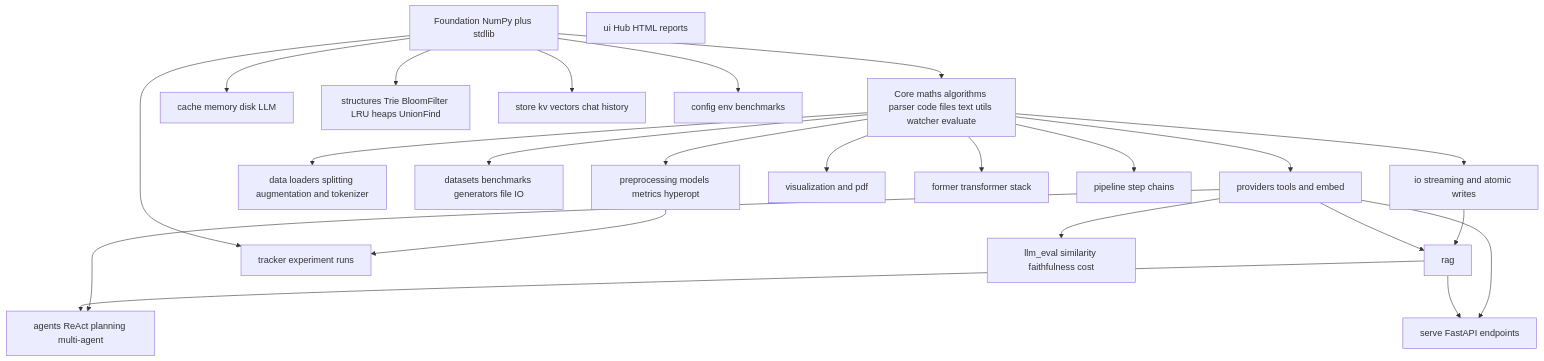
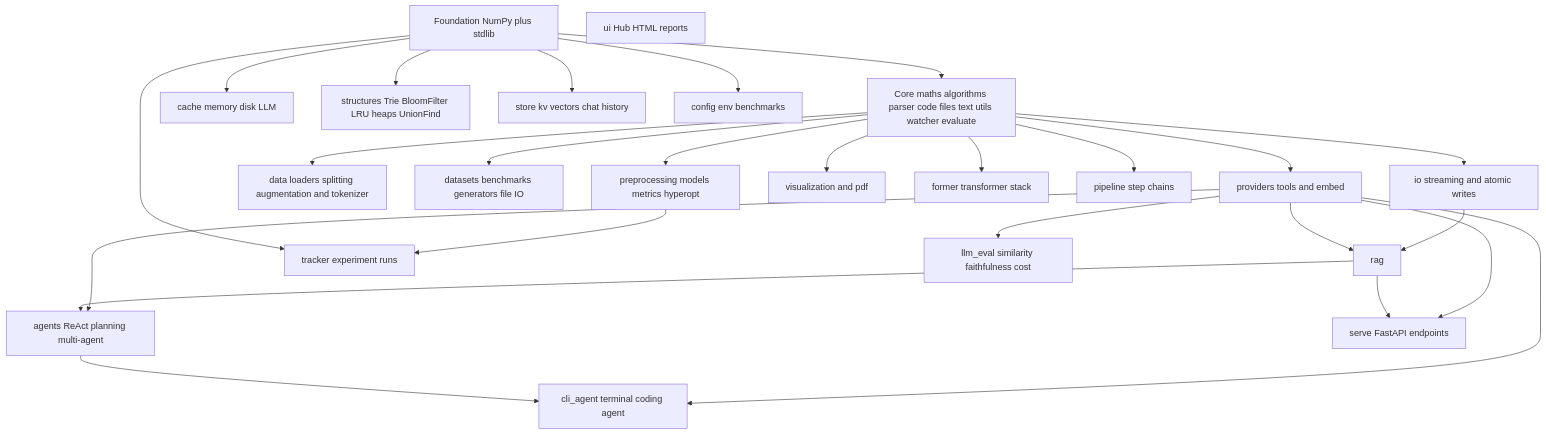
Before and after one commit to Aqwel-AI/pytekt: the second of 5 diagrams in README.md, drawn with Mermaid. The commit also changed other lines of this file and 89 other files, not shown here.

First line of the commit message:
Add Aion CLI agent, usage dashboard, and provider stack

````diff
--- a/README.md
+++ b/README.md
@@ -199,45 +353,48 @@
 ```mermaid
 flowchart TB
   Foundation[Foundation NumPy plus stdlib]
   Core[Core maths algorithms parser code files text utils watcher evaluate]
   DataIO[io streaming and atomic writes]
   DataProc[data loaders splitting augmentation and tokenizer]
   Datasets[datasets benchmarks generators file IO]
   LLM[providers tools and embed]
   RAGModule[rag]
   Agents[agents ReAct planning multi-agent]
   Cache[cache memory disk LLM]
   Structures[structures Trie BloomFilter LRU heaps UnionFind]
   VizDoc[visualization and pdf]
   Former[former transformer stack]
   Pipeline[pipeline step chains]
   Store[store kv vectors chat history]
   Tracker[tracker experiment runs]
   LLMEval[llm_eval similarity faithfulness cost]
   Serve[serve FastAPI endpoints]
   CoreML[preprocessing models metrics hyperopt]
   UI[ui Hub HTML reports]
+  CLIAgent[cli_agent terminal coding agent]
   Ops[config env benchmarks]
   Foundation --> Core
   Foundation --> Structures
   Core --> CoreML
   Core --> DataIO
   Core --> DataProc
   Core --> Datasets
   CoreML --> Tracker
   Core --> LLM
   DataIO --> RAGModule
   LLM --> RAGModule
   LLM --> Agents
+  LLM --> CLIAgent
+  Agents --> CLIAgent
   LLM --> LLMEval
   LLM --> Serve
   RAGModule --> Agents
   RAGModule --> Serve
   Core --> VizDoc
   Core --> Former
   Core --> Pipeline
   Foundation --> Cache
   Foundation --> Store
   Foundation --> Tracker
   Foundation --> Ops
 ```
````
